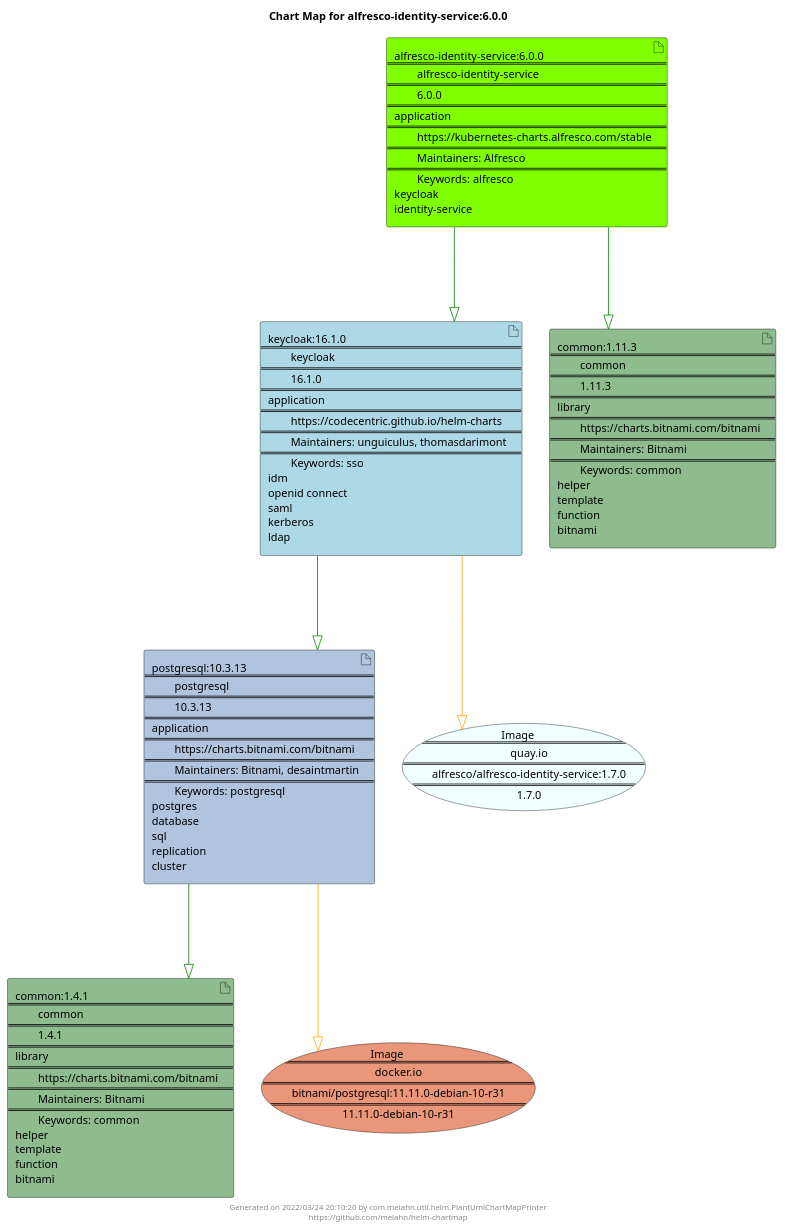
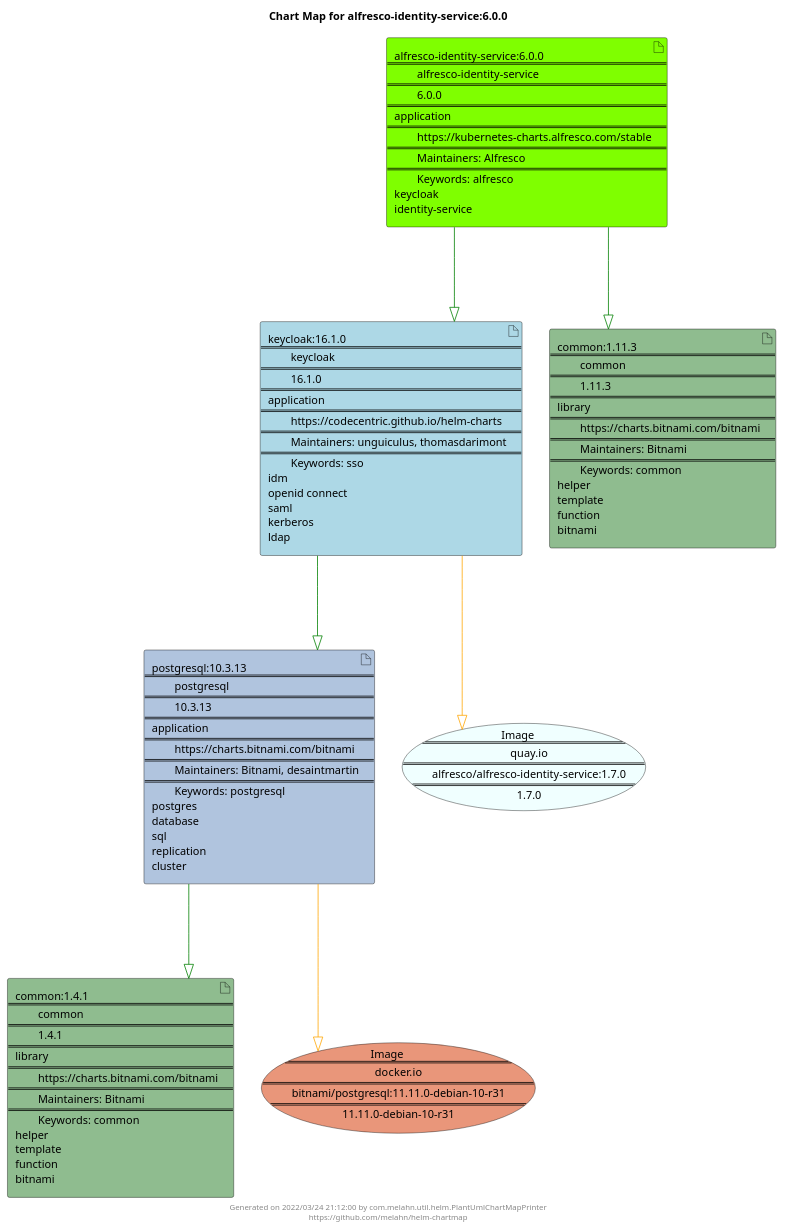
One commit to melahn/helm-chartmap changed the diagram in docs/alfresco-identity-service/alfresco-identity-service-6.0.0.puml. Above: the diagram before and after it, drawn with PlantUML. The commit also changed 52 other files, not shown here.

Commit message:
Update Example Chart Maps as part of GitHub build

```diff
--- a/docs/alfresco-identity-service/alfresco-identity-service-6.0.0.puml
+++ b/docs/alfresco-identity-service/alfresco-identity-service-6.0.0.puml
@@ -1,31 +1,31 @@
 @startuml
 skinparam linetype ortho
 skinparam backgroundColor white
 skinparam usecaseBorderColor black
 skinparam usecaseArrowColor LightSlateGray
 skinparam artifactBorderColor black
 skinparam artifactArrowColor LightSlateGray
 
 title Chart Map for alfresco-identity-service:6.0.0
 
 'There are 5 referenced Helm Charts
 artifact "common:1.4.1\n====\n\tcommon\n====\n\t1.4.1\n====\nlibrary\n====\n\thttps://charts.bitnami.com/bitnami\n====\n\tMaintainers: Bitnami\n====\n\tKeywords: common\nhelper\ntemplate\nfunction\nbitnami" as common_1_4_1 #DarkSeaGreen
 artifact "keycloak:16.1.0\n====\n\tkeycloak\n====\n\t16.1.0\n====\napplication\n====\n\thttps://codecentric.github.io/helm-charts\n====\n\tMaintainers: unguiculus, thomasdarimont\n====\n\tKeywords: sso\nidm\nopenid connect\nsaml\nkerberos\nldap" as keycloak_16_1_0 #LightBlue
 artifact "postgresql:10.3.13\n====\n\tpostgresql\n====\n\t10.3.13\n====\napplication\n====\n\thttps://charts.bitnami.com/bitnami\n====\n\tMaintainers: Bitnami, desaintmartin\n====\n\tKeywords: postgresql\npostgres\ndatabase\nsql\nreplication\ncluster" as postgresql_10_3_13 #LightSteelBlue
 artifact "alfresco-identity-service:6.0.0\n====\n\talfresco-identity-service\n====\n\t6.0.0\n====\napplication\n====\n\thttps://kubernetes-charts.alfresco.com/stable\n====\n\tMaintainers: Alfresco\n====\n\tKeywords: alfresco\nkeycloak\nidentity-service" as alfresco_identity_service_6_0_0 #Chartreuse
 artifact "common:1.11.3\n====\n\tcommon\n====\n\t1.11.3\n====\nlibrary\n====\n\thttps://charts.bitnami.com/bitnami\n====\n\tMaintainers: Bitnami\n====\n\tKeywords: common\nhelper\ntemplate\nfunction\nbitnami" as common_1_11_3 #DarkSeaGreen
 
 'There are 2 referenced Docker Images
 usecase "Image\n====\n\tquay.io\n====\n\talfresco/alfresco-identity-service:1.7.0\n====\n\t1.7.0" as quay_io_alfresco_alfresco_identity_service_1_7_0 #Azure
 usecase "Image\n====\n\tdocker.io\n====\n\tbitnami/postgresql:11.11.0-debian-10-r31\n====\n\t11.11.0-debian-10-r31" as docker_io_bitnami_postgresql_11_11_0_debian_10_r31 #DarkSalmon
 
 'Chart Dependencies
 alfresco_identity_service_6_0_0--[#green]-|>common_1_11_3
 alfresco_identity_service_6_0_0--[#green]-|>keycloak_16_1_0
 keycloak_16_1_0--[#green]-|>postgresql_10_3_13
 postgresql_10_3_13--[#green]-|>common_1_4_1
 keycloak_16_1_0--[#orange]-|>quay_io_alfresco_alfresco_identity_service_1_7_0
 postgresql_10_3_13--[#orange]-|>docker_io_bitnami_postgresql_11_11_0_debian_10_r31
 
-center footer Generated on 2022/03/24 20:10:20 by com.melahn.util.helm.PlantUmlChartMapPrinter\nhttps://github.com/melahn/helm-chartmap
+center footer Generated on 2022/03/24 21:12:00 by com.melahn.util.helm.PlantUmlChartMapPrinter\nhttps://github.com/melahn/helm-chartmap
 @enduml
```
